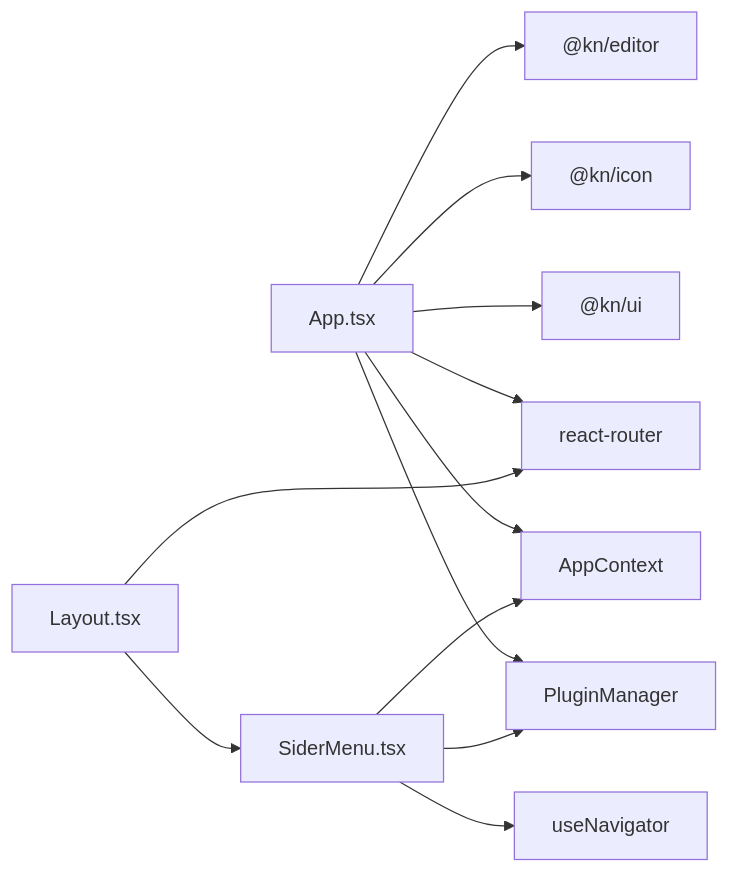
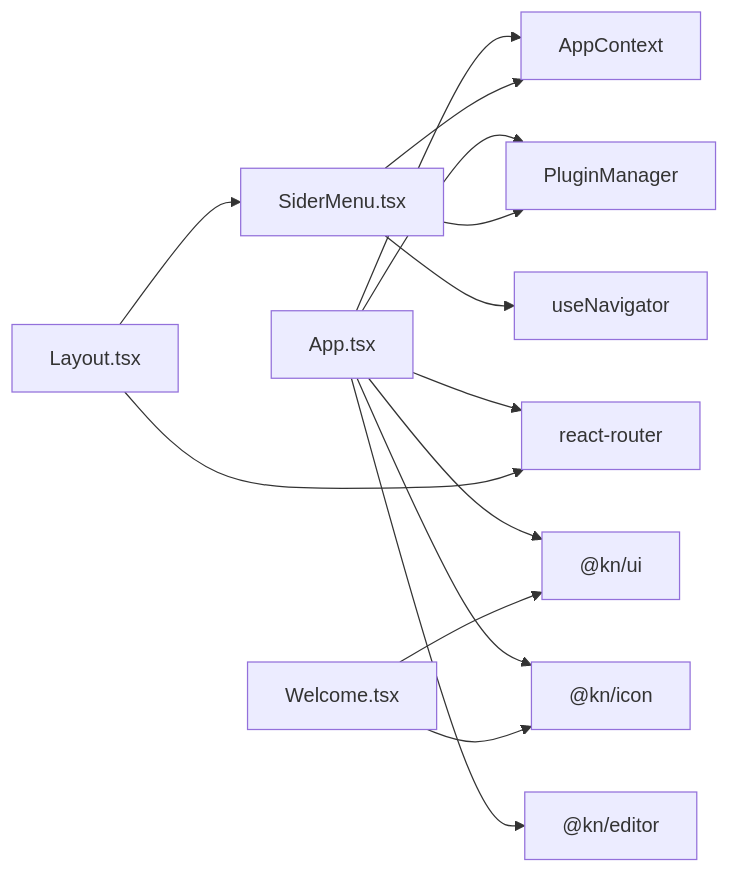
The ninth of 9 diagrams in .qoder/repowiki/zh/content/核心模块/应用主组件.md (LRF0422/Kotion), drawn with Mermaid before and after one commit. The commit also changed other lines of this file and 75 other files, not shown here.

````diff
--- a/.qoder/repowiki/zh/content/核心模块/应用主组件.md
+++ b/.qoder/repowiki/zh/content/核心模块/应用主组件.md
@@ -369,14 +423,16 @@
 ```mermaid
 graph LR
 App["App.tsx"] --> PM["PluginManager"]
 App --> Ctx["AppContext"]
 App --> R["react-router"]
 App --> UI["@kn/ui"]
 App --> ICON["@kn/icon"]
 App --> EDIT["@kn/editor"]
 Layout["Layout.tsx"] --> Sider["SiderMenu.tsx"]
 Layout --> R
 Sider --> Ctx
 Sider --> PM
 Sider --> Nav["useNavigator"]
+Welcome["Welcome.tsx"] --> UI
+Welcome --> ICON
 ```
````
